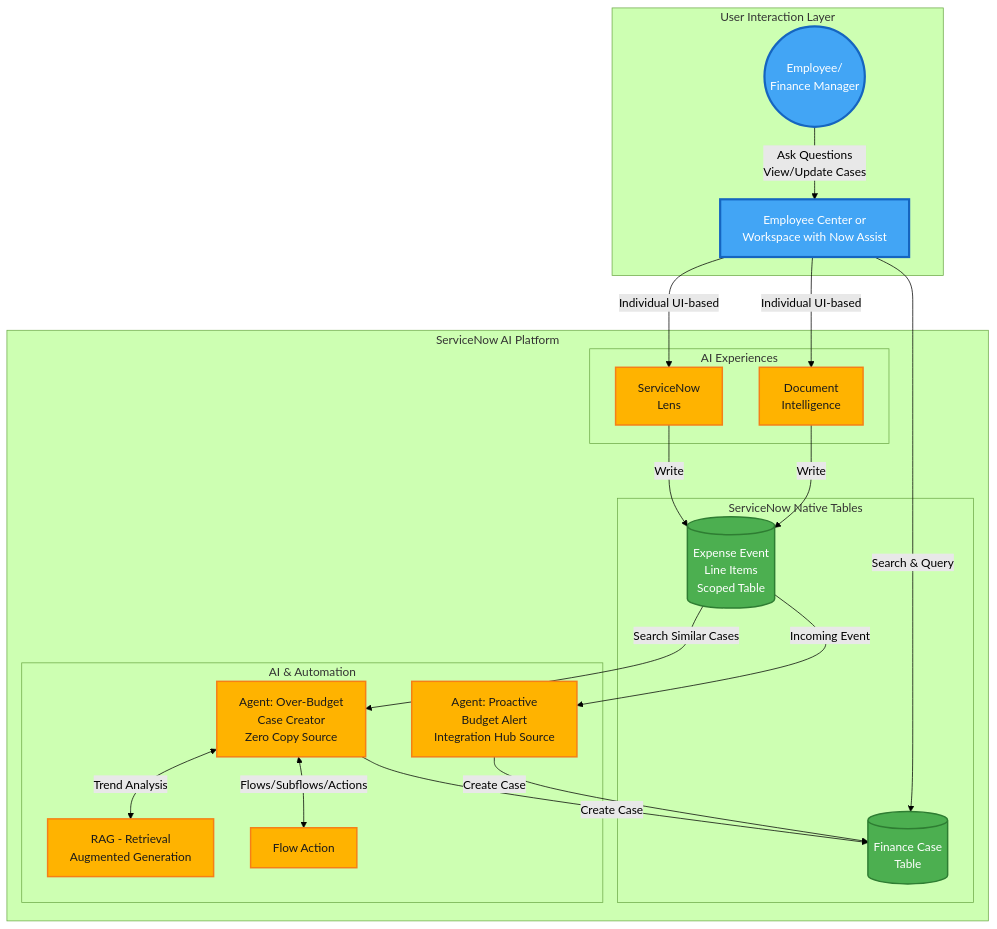
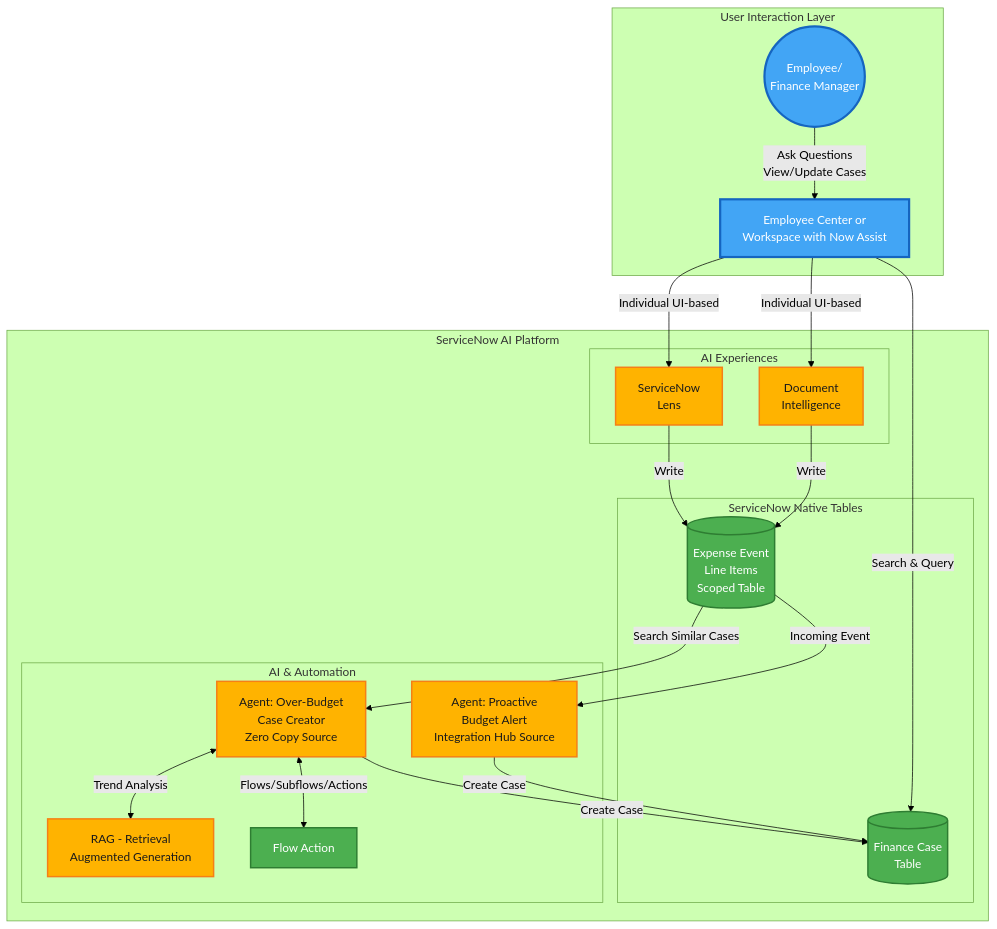
Before and after one commit to leojacinto/WorkflowDataFabric-TypeA: the diagram in extended-exercises/lab-exercise-servicenow-lens-and-document-intelligence.md, drawn with Mermaid (forest theme). The commit also changed 6 other files, not shown here.

Commit message:
Consistent color scheme across all mermaid diagrams: nowassist (amber), platform (green), wdf (purple), external (blue), user (light blue)

````diff
--- a/extended-exercises/lab-exercise-servicenow-lens-and-document-intelligence.md
+++ b/extended-exercises/lab-exercise-servicenow-lens-and-document-intelligence.md
@@ -35,59 +35,56 @@
 ```mermaid
 graph TB
     subgraph "User Interaction Layer"
         Employee((Employee/<br/>Finance Manager))
         EC[Employee Center or<br/>Workspace with Now Assist]
     end
 
     subgraph "ServiceNow AI Platform"
         subgraph "ServiceNow Native Tables"
             ExpenseTable[(Expense Event<br/>Line Items<br/>Scoped Table)]
             FinCase[(Finance Case<br/>Table)]
         end
 
         subgraph "AI & Automation"
             Agent1[Agent: Over-Budget<br/>Case Creator<br/>Zero Copy Source]
             Agent2[Agent: Proactive<br/>Budget Alert<br/>Integration Hub Source]
             RAG[RAG - Retrieval<br/>Augmented Generation]
             FlowAction[Flow Action]
         end
         subgraph "AI Experiences"
             Lens["ServiceNow</br>Lens"]
             DocIntel["Document</br>Intelligence"]
         end
     end
 
 
     %% Data Flow Connections
     EC -->|Individual UI-based| Lens -->|Write| ExpenseTable
     EC -->|Individual UI-based| DocIntel -->|Write| ExpenseTable
 
     %% Agent 1 Workflow - Zero Copy Source
     ExpenseTable -->|Search Similar Cases| Agent1
     Agent1 -->|Create Case| FinCase
     Agent1 <-->|Trend Analysis| RAG
     Agent1 <-->|Flows/Subflows/Actions| FlowAction
 
     %% Agent 2 Workflow - Integration Hub Source
     ExpenseTable -->|Incoming Event| Agent2
     Agent2 -->|Create Case| FinCase
 
     %% User Interaction Connections
     Employee -->|Ask Questions<br/>View/Update Cases| EC
     EC -->|Search & Query| FinCase
 
 
     %% Styling
-    classDef external fill:#2196F3,stroke:#1565C0,stroke-width:2px,color:#fff
-    classDef integration fill:#FF9800,stroke:#E65100,stroke-width:2px,color:#fff
-    classDef zeroCopy fill:#9C27B0,stroke:#6A1B9A,stroke-width:2px,color:#fff
-    classDef native fill:#4CAF50,stroke:#2E7D32,stroke-width:2px,color:#fff
-    classDef ai fill:#FFB300,stroke:#F57F17,stroke-width:2px,color:#1a1a1a
     classDef user fill:#42A5F5,stroke:#1565C0,stroke-width:3px,color:#fff
+    classDef nowassist fill:#FFB300,stroke:#F57F17,stroke-width:2px,color:#1a1a1a
+    classDef platform fill:#4CAF50,stroke:#2E7D32,stroke-width:2px,color:#fff
 
-    class ERP,ExpenseAPI,SharePoint,CDW,MockERP,MockExpense external
-    class ZeroCopySQL,ZeroCopyERP,IntHub,ExtContent integration
-    class ExpenseTable,FinCase,FinVar native
-    class Agent1,Agent2,RAG,NASK,FlowAction,MCP,GGraph,NLQuery,Lens,DocIntel ai
+    class ExpenseTable,FinCase platform
+    class Agent1,Agent2,RAG nowassist
+    class FlowAction platform
+    class Lens,DocIntel nowassist
     class Employee,EC user
 ```
````
